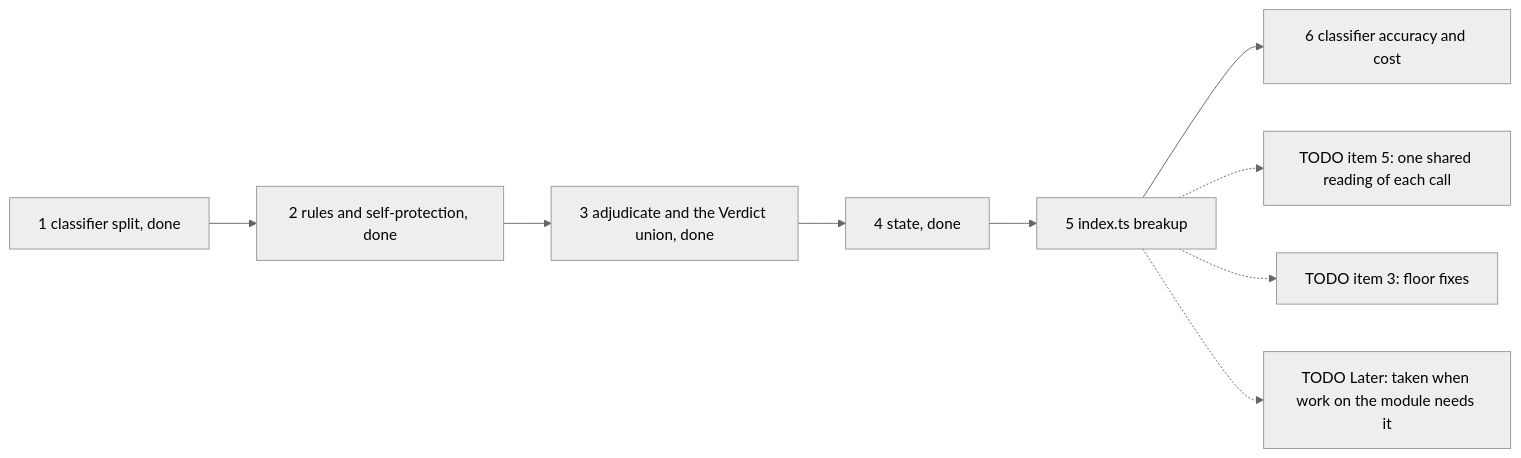
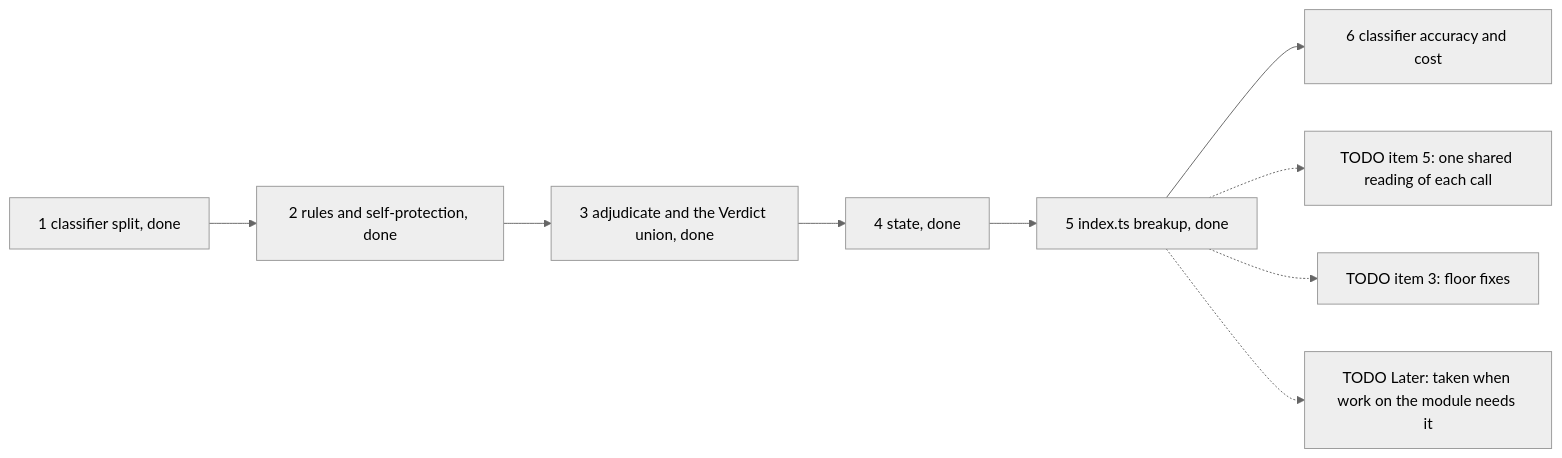
One commit to jonatsu/pi-verdict changed the diagram in docs/plans/simplify-and-comments.md. Above: the diagram before and after it, drawn with Mermaid (neutral theme). The commit also changed other lines of this file, not shown here.

````diff
--- a/docs/plans/simplify-and-comments.md
+++ b/docs/plans/simplify-and-comments.md
@@ -27,11 +27,11 @@
 ```mermaid
 flowchart LR
   S1[1 classifier split, done] --> S2[2 rules and self-protection, done]
   S2 --> S3[3 adjudicate and the Verdict union, done]
   S3 --> S4[4 state, done]
-  S4 --> S5[5 index.ts breakup]
+  S4 --> S5[5 index.ts breakup, done]
   S5 --> S6[6 classifier accuracy and cost]
   S5 -.-> T5[TODO item 5: one shared reading of each call]
   S5 -.-> T3[TODO item 3: floor fixes]
   S5 -.-> TL[TODO Later: taken when work on the module needs it]
 ```
````
